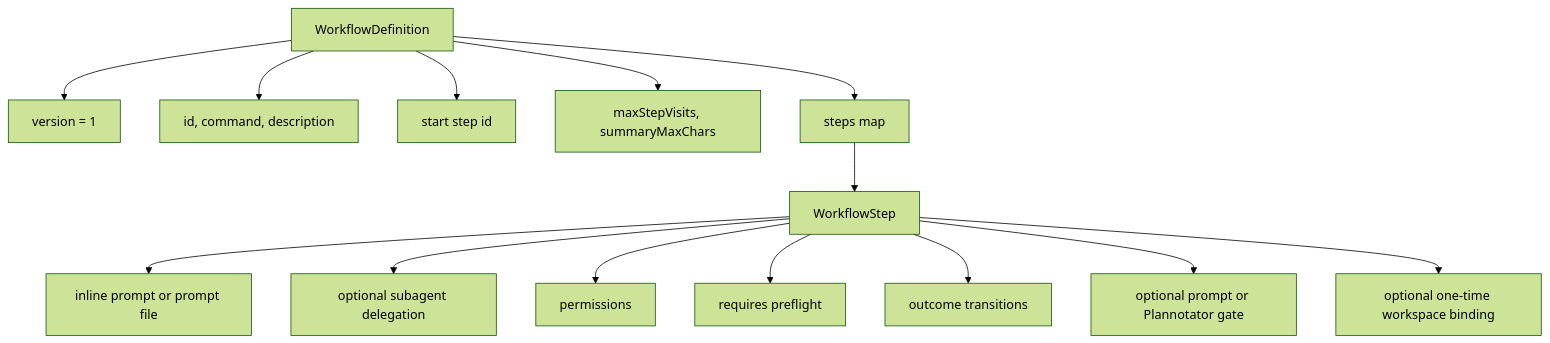
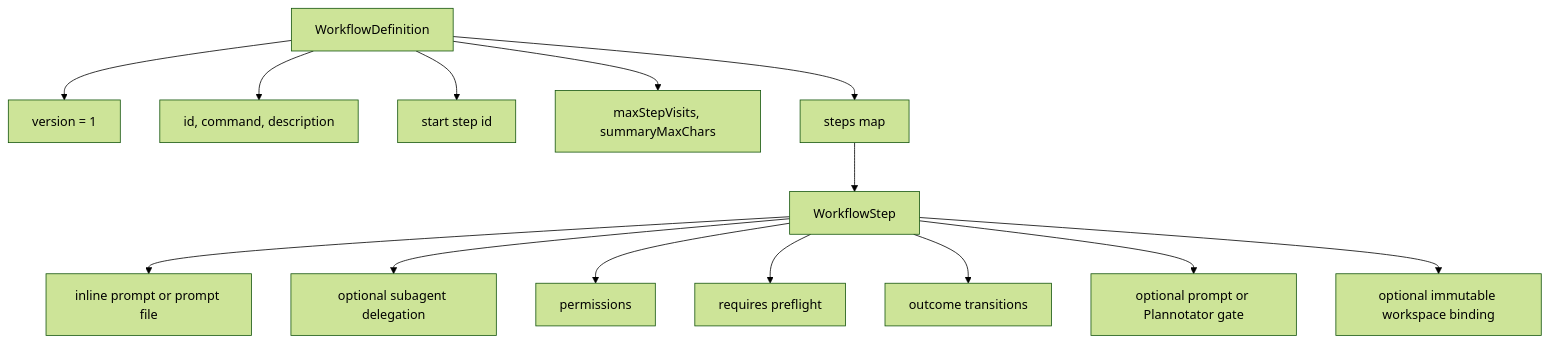
Before and after one commit to wichayutdew/pi-workflows: the first of 7 diagrams in openwiki/authoring/workflow-files.md, drawn with Mermaid (forest theme). The commit also changed other lines of this file and 42 other files, not shown here.

````diff
--- a/openwiki/authoring/workflow-files.md
+++ b/openwiki/authoring/workflow-files.md
@@ -5,17 +5,17 @@
 ```mermaid
 flowchart TD
   Workflow[WorkflowDefinition] --> Version[version = 1]
   Workflow --> Identity[id, command, description]
   Workflow --> Start[start step id]
   Workflow --> Limits[maxStepVisits, summaryMaxChars]
   Workflow --> Steps[steps map]
 
   Steps --> Step[WorkflowStep]
   Step --> Prompt[inline prompt or prompt file]
   Step --> Subagent[optional subagent delegation]
   Step --> Permissions[permissions]
   Step --> Requires[requires preflight]
   Step --> Transitions[outcome transitions]
   Step --> Gate[optional prompt or Plannotator gate]
-  Step --> Workspace[optional one-time workspace binding]
+  Step --> Workspace[optional immutable workspace binding]
 ```
````
